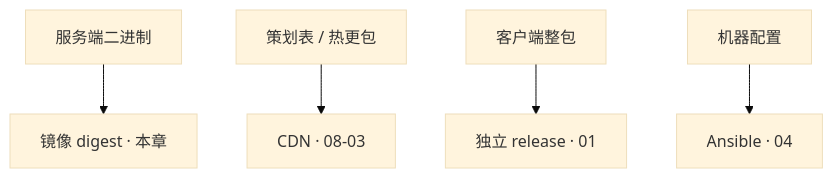
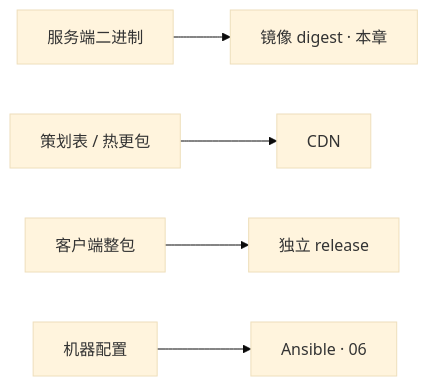
The fourth of 5 diagrams in 04-工程化与自动化/03-制品与镜像/知识点.md (ml-cuizijun/LearnToLilith), drawn with Mermaid (base theme) before and after one commit. The commit also changed other lines of this file and 178 other files, not shown here.

````diff
--- a/04-工程化与自动化/03-制品与镜像/知识点.md
+++ b/04-工程化与自动化/03-制品与镜像/知识点.md
@@ -535,11 +379,7 @@
 ```mermaid
-flowchart TB
-    a[服务端二进制] --> a1[镜像 digest · 本章]
-    b[策划表 / 热更包] --> b1[CDN · 08-03]
-    c[客户端整包] --> c1[独立 release · 01]
-    d[机器配置] --> d1[Ansible · 04]
-    class a,a1 a
-    class b,b1 b
-    class c,c1 c
-    class d,d1 d
+flowchart LR
+    A[服务端二进制] --> A1[镜像 digest · 本章]
+    B[策划表 / 热更包] --> B1[CDN]
+    C[客户端整包] --> C1[独立 release]
+    D[机器配置] --> D1[Ansible · 06]
 ```
````
